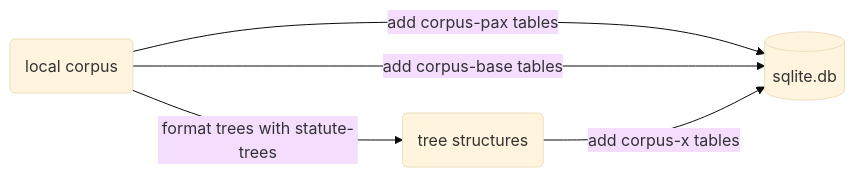
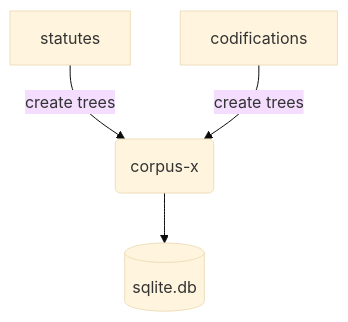
The fourth of 5 diagrams in README.md (justmars/corpus-x), drawn with Mermaid (base theme) before and after one commit. The commit also changed other lines of this file and 8 other files, not shown here.

````diff
--- a/README.md
+++ b/README.md
@@ -22,7 +39,6 @@
 ```mermaid
-flowchart LR
-  local(local corpus)--add corpus-pax tables--->db
-  local--add corpus-base tables-->db
-  local--format trees with statute-trees-->trees
-  trees(tree structures)--add corpus-x tables-->db[(sqlite.db)]
+flowchart TD
+statutes--create trees-->x
+codifications--create trees-->x
+x(corpus-x)-->db[(sqlite.db)]
 ```
````
